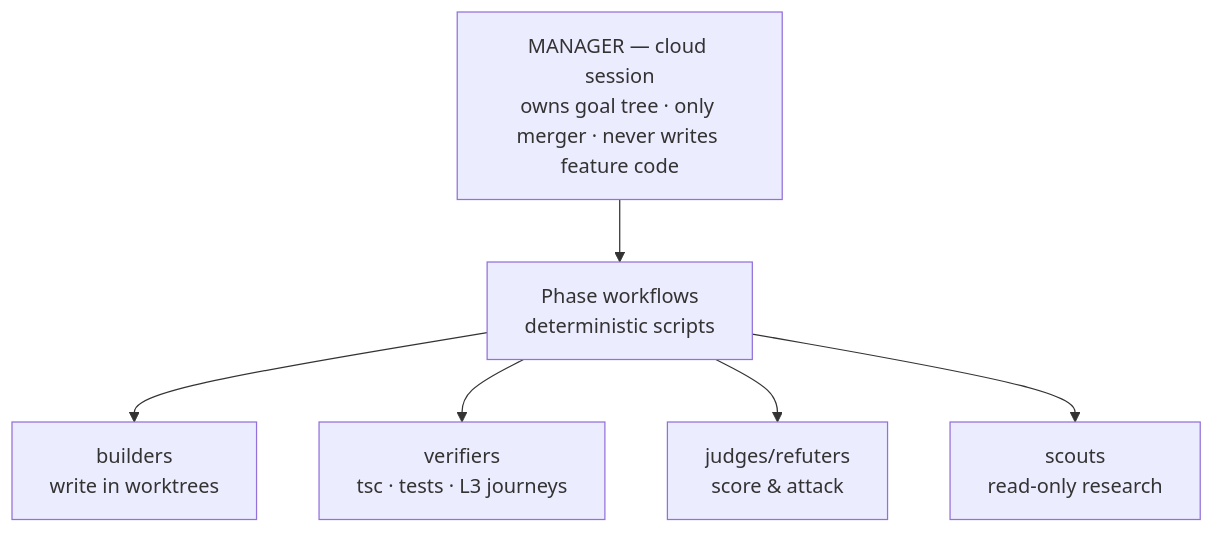
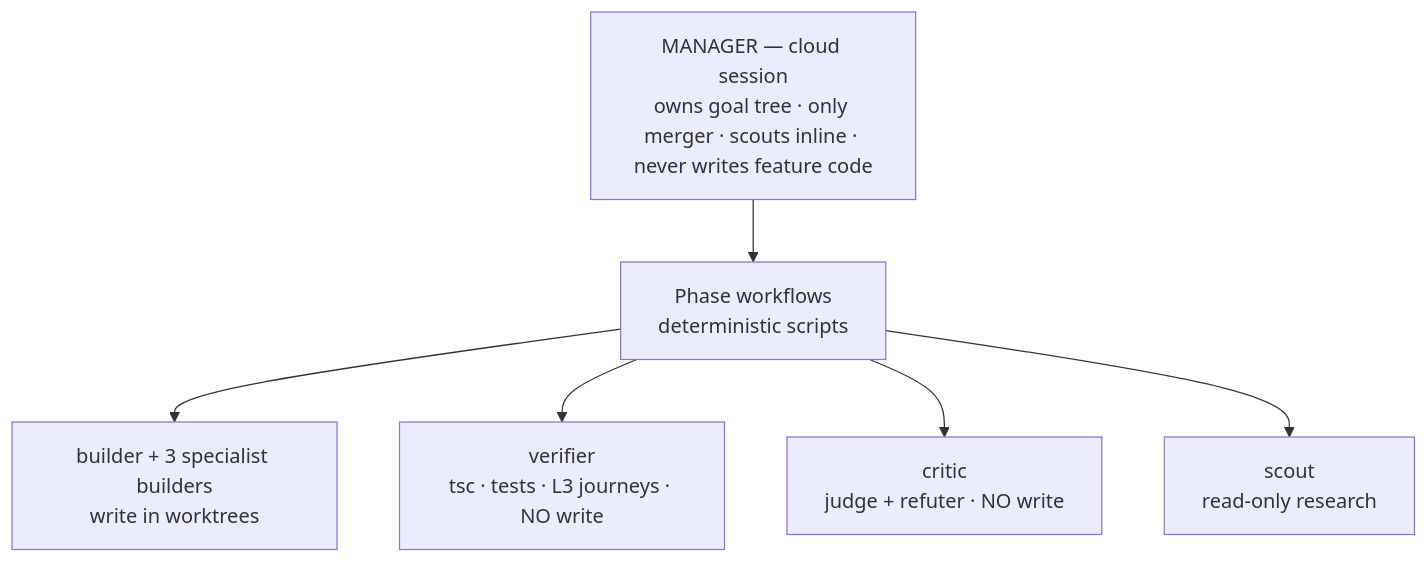
The second of 3 diagrams in docs/REBUILD_WORKFLOW.md (JDMAXilius/Recipe-App), drawn with Mermaid before and after one commit. The commit also changed other lines of this file, not shown here.

````diff
--- a/docs/REBUILD_WORKFLOW.md
+++ b/docs/REBUILD_WORKFLOW.md
@@ -83,9 +104,9 @@
 ```mermaid
 flowchart TD
-    O[MANAGER — cloud session<br/>owns goal tree · only merger · never writes feature code]
+    O[MANAGER — cloud session<br/>owns goal tree · only merger · scouts inline · never writes feature code]
     O --> W1[Phase workflows<br/>deterministic scripts]
-    W1 --> B[builders<br/>write in worktrees]
-    W1 --> V[verifiers<br/>tsc · tests · L3 journeys]
-    W1 --> Jd[judges/refuters<br/>score & attack]
-    W1 --> S[scouts<br/>read-only research]
+    W1 --> B[builder + 3 specialist builders<br/>write in worktrees]
+    W1 --> V[verifier<br/>tsc · tests · L3 journeys · NO write]
+    W1 --> C[critic<br/>judge + refuter · NO write]
+    W1 --> S[scout<br/>read-only research]
 ```
````
